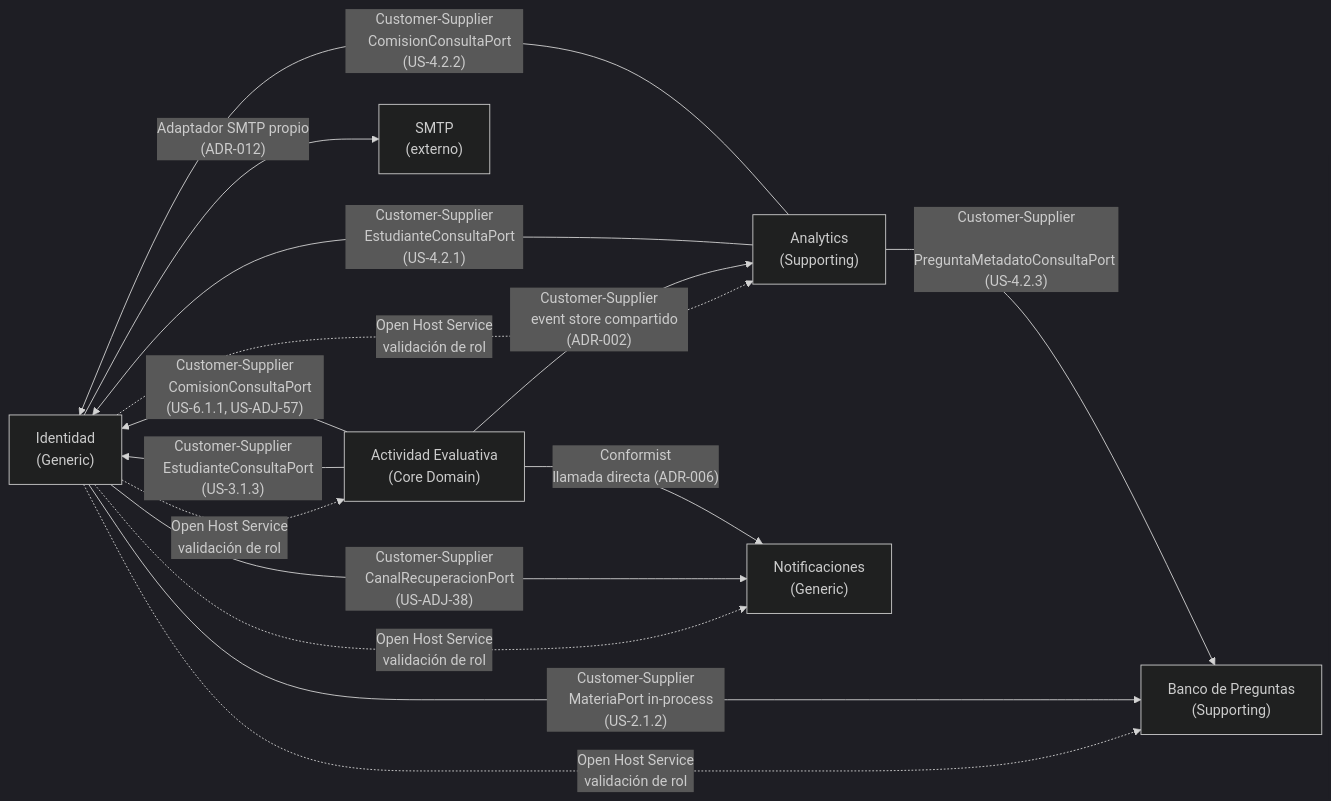
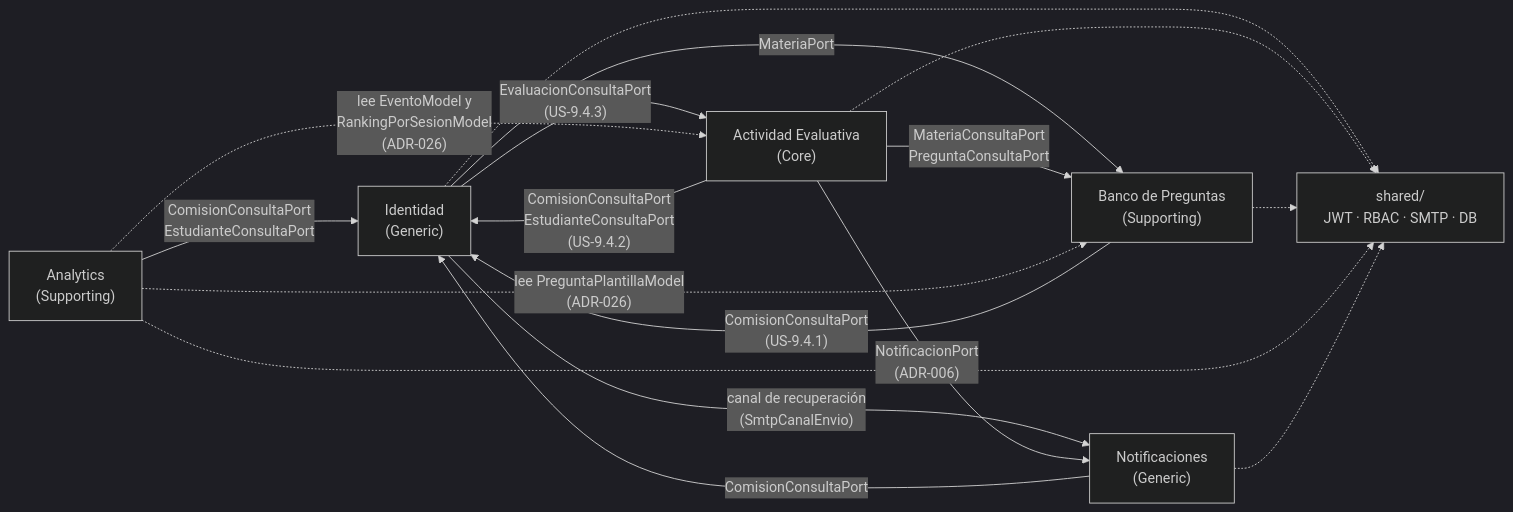
One commit to vvalotto/cognion changed the diagram in docs/architecture/20-context-map-integrations.md. Above: the diagram before and after it, drawn with Mermaid (dark theme). The commit also changed other lines of this file and 5 other files, not shown here.

Commit message:
docs(cm): Incremento 10.1, Fase 2a: componentes de Banco, Analytics y Notificaciones; catálogo y mapa de contexto corregidos

````diff
--- a/docs/architecture/20-context-map-integrations.md
+++ b/docs/architecture/20-context-map-integrations.md
@@ -57,47 +21,48 @@
 ```mermaid
 flowchart LR
     identidad["Identidad
     (Generic)"]
     banco["Banco de Preguntas
     (Supporting)"]
     actividad["Actividad Evaluativa
-    (Core Domain)"]
+    (Core)"]
     analytics["Analytics
     (Supporting)"]
-    notificaciones["Notificaciones
+    notif["Notificaciones
     (Generic)"]
-    smtp["SMTP
-    (externo)"]
+    shared["shared/
+    JWT · RBAC · SMTP · DB"]
 
-    identidad -.->|"Open Host Service
-    validación de rol"| banco
-    identidad -.->|"Open Host Service
-    validación de rol"| actividad
-    identidad -.->|"Open Host Service
-    validación de rol"| analytics
-    identidad -.->|"Open Host Service
-    validación de rol"| notificaciones
+    identidad -->|"MateriaPort"| banco
+    identidad -->|"EvaluacionConsultaPort
+    (US-9.4.3)"| actividad
+    identidad -->|"canal de recuperación
+    (SmtpCanalEnvio)"| notif
 
-    identidad -->|"Customer-Supplier
-    MateriaPort in-process (US-2.1.2)"| banco
-    identidad -->|"Customer-Supplier
-    CanalRecuperacionPort (US-ADJ-38)"| notificaciones
+    banco -->|"ComisionConsultaPort
+    (US-9.4.1)"| identidad
 
-    actividad -->|"Conformist
-    llamada directa (ADR-006)"| notificaciones
-    actividad -->|"Customer-Supplier
-    event store compartido (ADR-002)"| analytics
-    actividad -->|"Customer-Supplier
-    EstudianteConsultaPort (US-3.1.3)"| identidad
-    actividad -->|"Customer-Supplier
-    ComisionConsultaPort (US-6.1.1, US-ADJ-57)"| identidad
-    analytics -->|"Customer-Supplier
-    EstudianteConsultaPort (US-4.2.1)"| identidad
-    analytics -->|"Customer-Supplier
-    ComisionConsultaPort (US-4.2.2)"| identidad
-    analytics -->|"Customer-Supplier
-    PreguntaMetadatoConsultaPort (US-4.2.3)"| banco
+    actividad -->|"MateriaConsultaPort
+    PreguntaConsultaPort"| banco
+    actividad -->|"ComisionConsultaPort
+    EstudianteConsultaPort
+    (US-9.4.2)"| identidad
+    actividad -->|"NotificacionPort
+    (ADR-006)"| notif
 
-    identidad -->|"Adaptador SMTP propio
-    (ADR-012)"| smtp
+    analytics -->|"ComisionConsultaPort
+    EstudianteConsultaPort"| identidad
+    analytics -.->|"lee EventoModel y
+    RankingPorSesionModel
+    (ADR-026)"| actividad
+    analytics -.->|"lee PreguntaPlantillaModel
+    (ADR-026)"| banco
+
+    notif -->|"ComisionConsultaPort"| identidad
+
+    identidad -.-> shared
+    actividad -.-> shared
+    banco -.-> shared
+    analytics -.-> shared
+    notif -.-> shared
 ```
````
